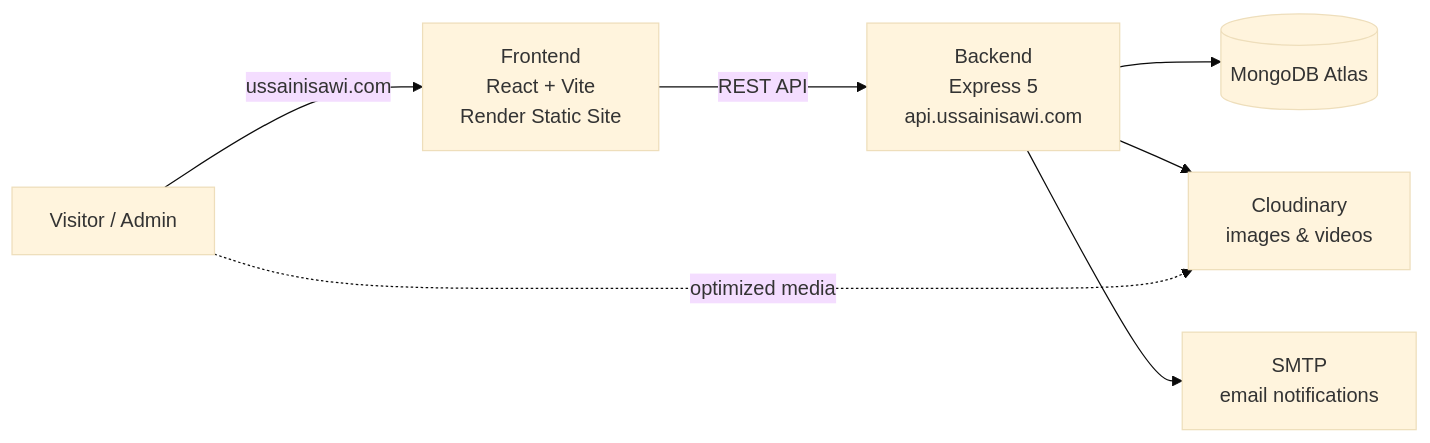
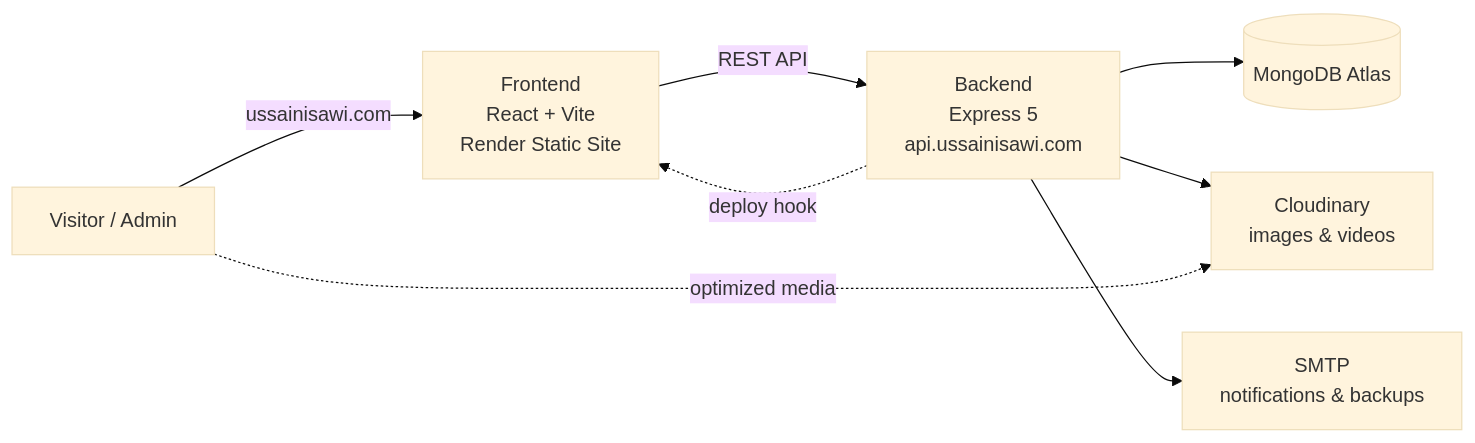
The diagram in README.md (vannbo-93/book-portfolio), drawn with Mermaid (base theme) before and after one commit. The commit also changed other lines of this file, not shown here.

````diff
--- a/README.md
+++ b/README.md
@@ -51,9 +57,10 @@
 ```mermaid
 flowchart LR
     V[Visitor / Admin] -->|ussainisawi.com| F[Frontend<br/>React + Vite<br/>Render Static Site]
     F -->|REST API| B[Backend<br/>Express 5<br/>api.ussainisawi.com]
     B --> DB[(MongoDB Atlas)]
     B --> C[Cloudinary<br/>images & videos]
-    B --> M[SMTP<br/>email notifications]
+    B --> M[SMTP<br/>notifications & backups]
+    B -.->|deploy hook| F
     V -.->|optimized media| C
 ```
````
